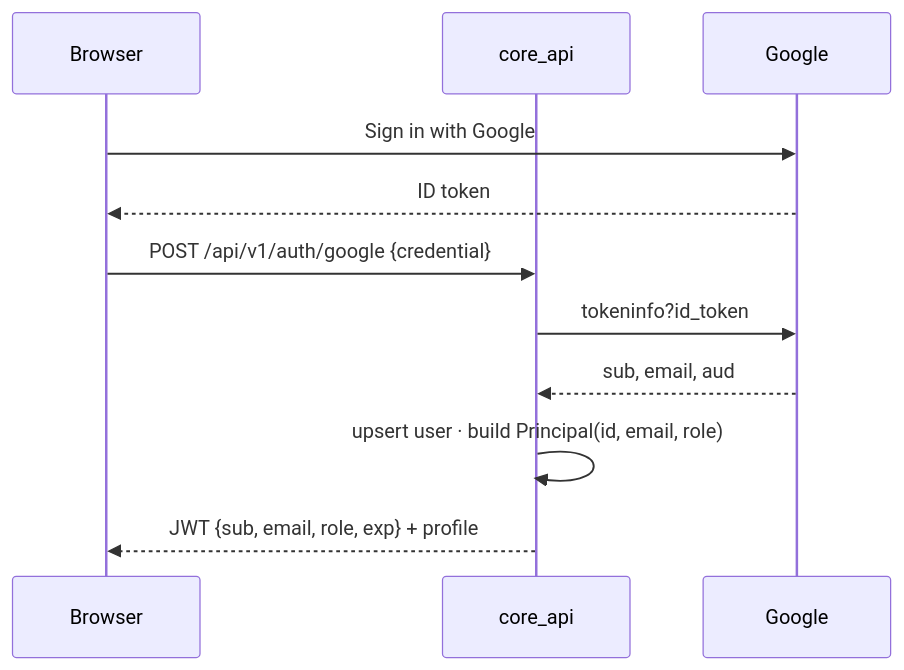
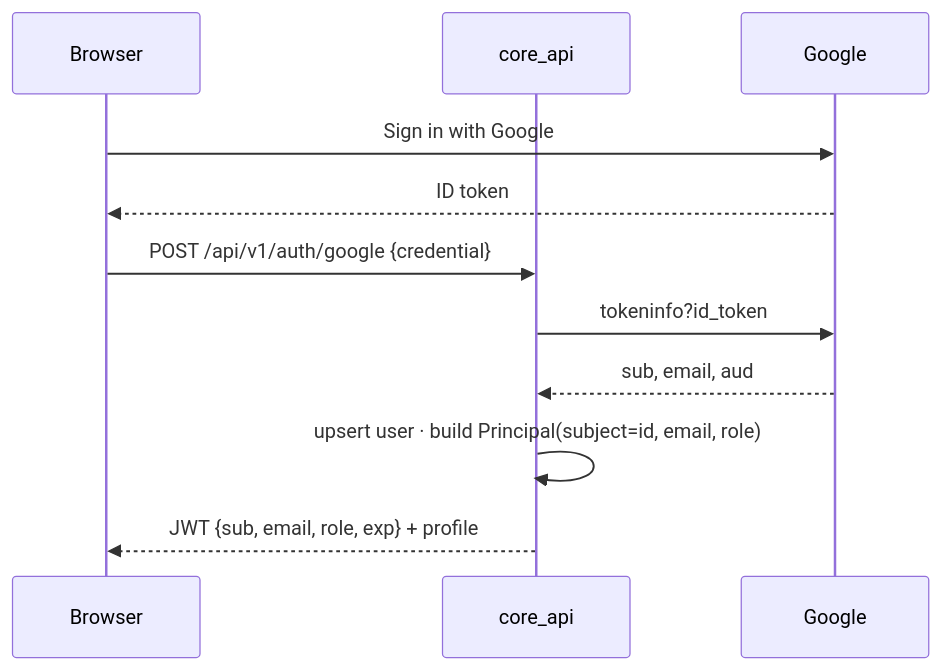
Before and after one commit to Joakamakaka1/travel-ai-world: the third of 4 diagrams in docs/architecture/overview.md, drawn with Mermaid. The commit also changed other lines of this file and 68 other files, not shown here.

````diff
--- a/docs/architecture/overview.md
+++ b/docs/architecture/overview.md
@@ -56,13 +91,13 @@
 ```mermaid
 sequenceDiagram
     participant B as Browser
     participant C as core_api
     participant G as Google
     B->>G: Sign in with Google
     G-->>B: ID token
     B->>C: POST /api/v1/auth/google {credential}
     C->>G: tokeninfo?id_token
     G-->>C: sub, email, aud
-    C->>C: upsert user · build Principal(id, email, role)
+    C->>C: upsert user · build Principal(subject=id, email, role)
     C-->>B: JWT {sub, email, role, exp} + profile
 ```
````
